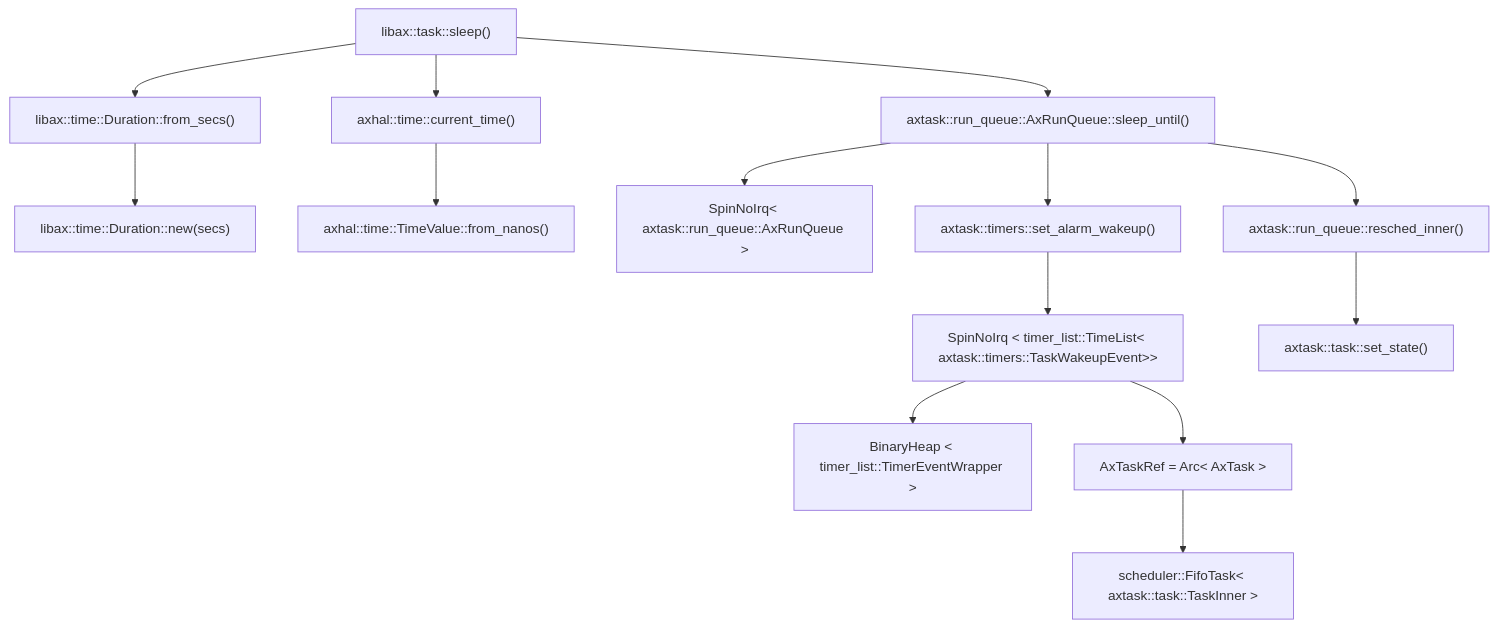
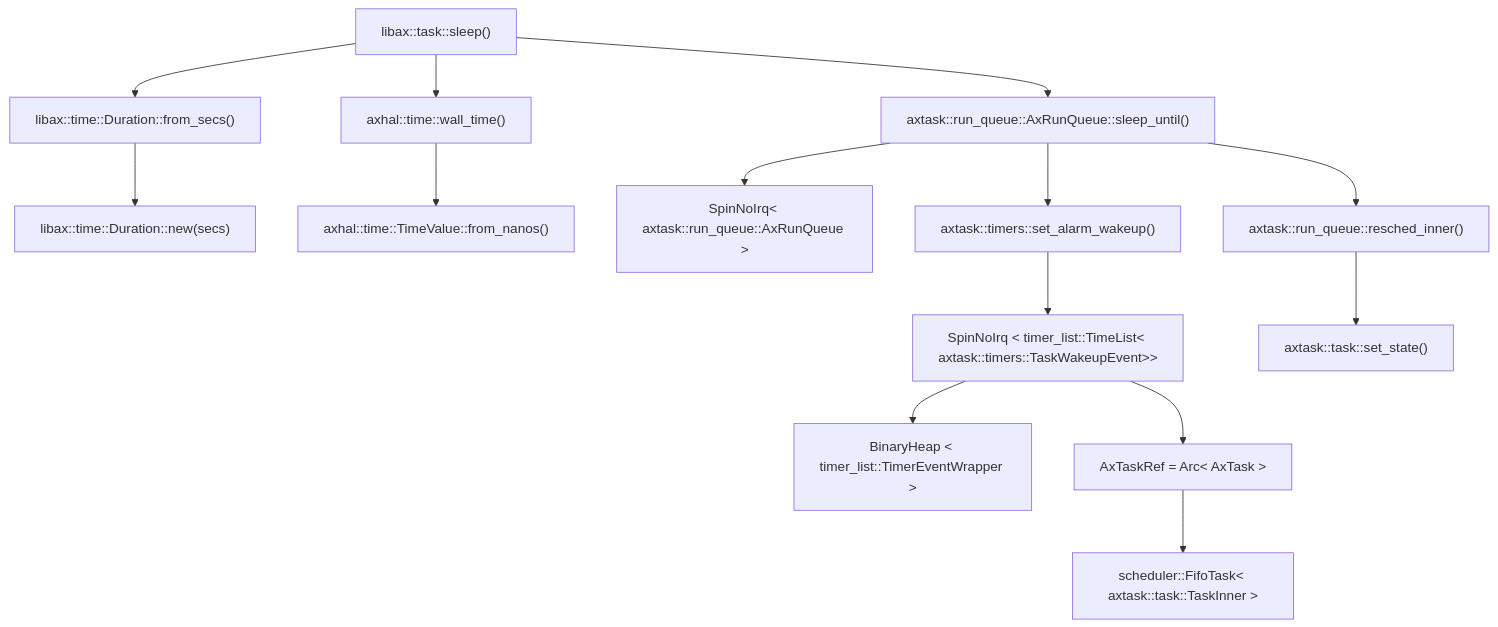
The first of 3 diagrams in AstrancE/doc/apps_sleep.md (AstranciA/OSKernel2025_AstrancE), drawn with Mermaid before and after one commit. The commit also changed 38 other files, not shown here.

````diff
--- a/AstrancE/doc/apps_sleep.md
+++ b/AstrancE/doc/apps_sleep.md
@@ -65,20 +65,20 @@
 ```mermaid
 graph TD;
     S["libax::task::sleep()"]
 
     S-->arg["libax::time::Duration::from_secs()"]
     arg-->argA["libax::time::Duration::new(secs)"]
 
-	S-->A["axhal::time::current_time()"]
+	S-->A["axhal::time::wall_time()"]
 	A-->AA["axhal::time::TimeValue::from_nanos()"]
 
 	S-->B["axtask::run_queue::AxRunQueue::sleep_until()"]
 	B-->B.lock["SpinNoIrq< axtask::run_queue::AxRunQueue >"]
 	B-->BA["axtask::timers::set_alarm_wakeup()"]
 	BA-->BAA["SpinNoIrq < timer_list::TimeList< axtask::timers::TaskWakeupEvent>>"]
 	BAA-->BAAA["BinaryHeap < timer_list::TimerEventWrapper >"]
 	BAA-->BAAB["AxTaskRef = Arc< AxTask >"]
 	BAAB-->BAABA["scheduler::FifoTask< axtask::task::TaskInner >"]
 	B-->BB["axtask::run_queue::resched_inner()"]
 	BB-->BBA["axtask::task::set_state()"]
 ```
````
